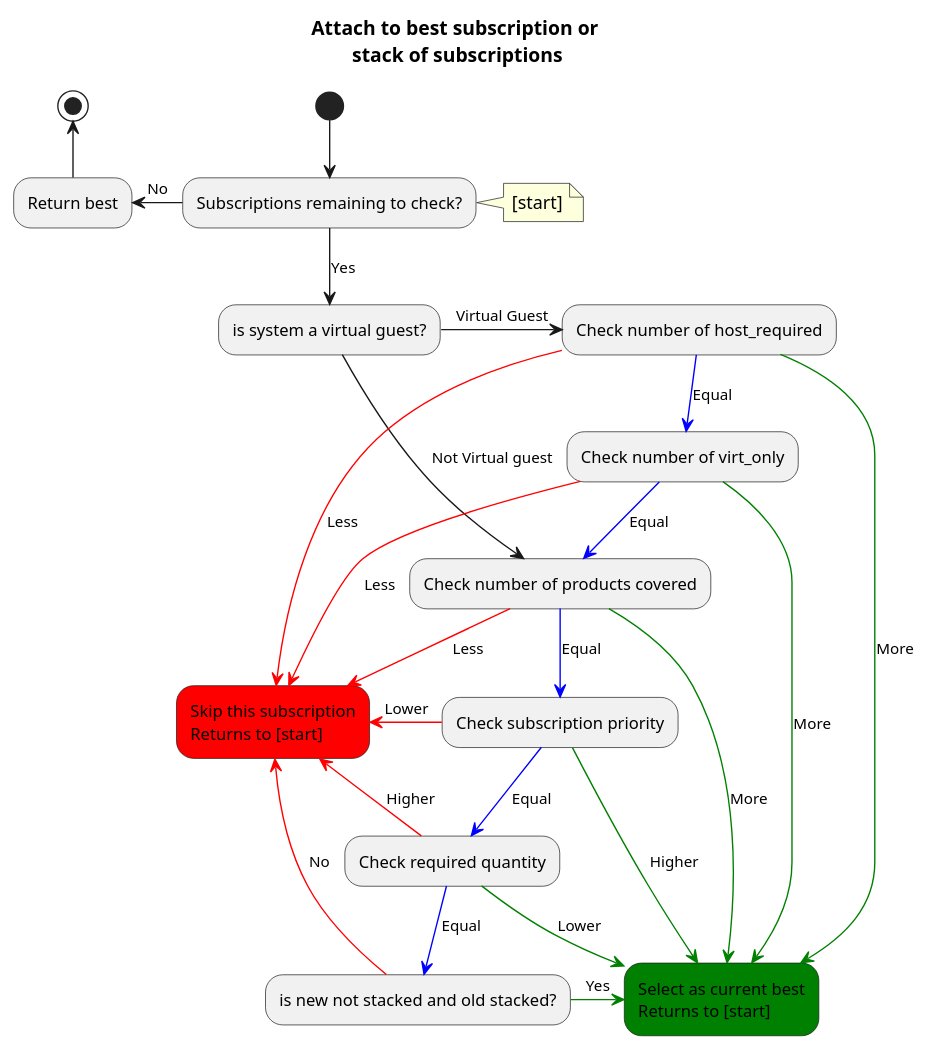
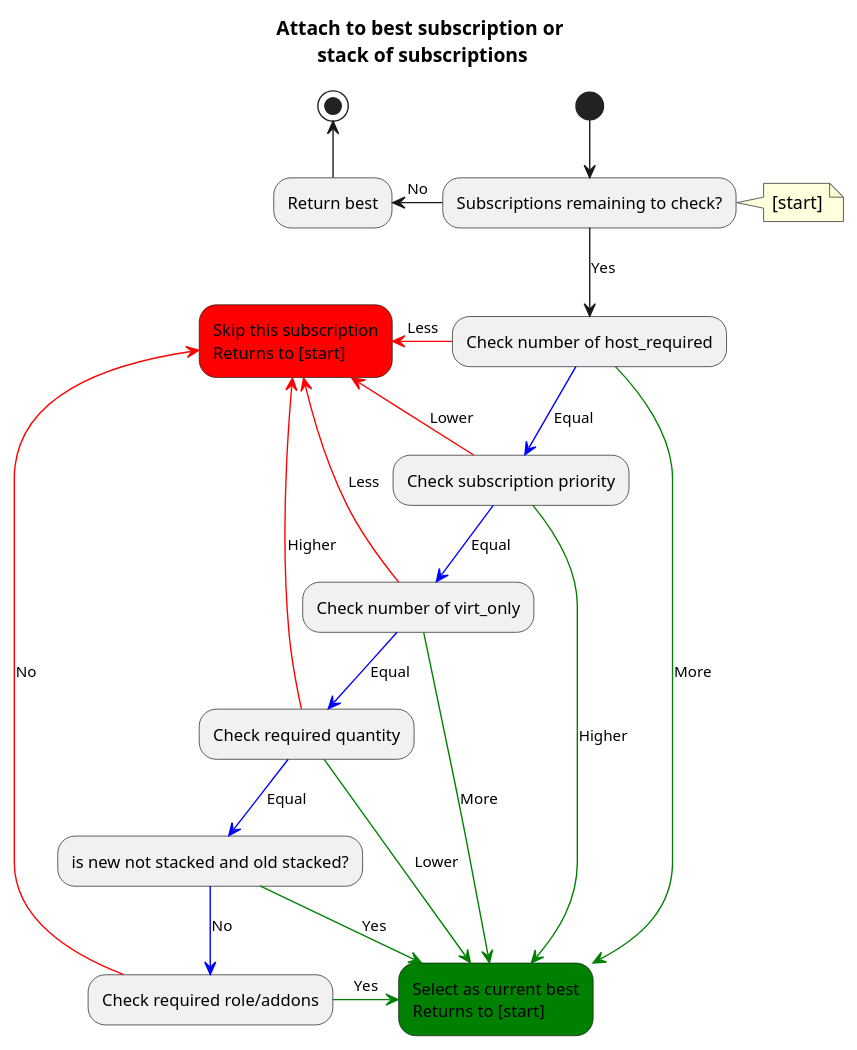
One commit to candlepin/candlepin.github.io changed the third of 5 diagrams in docs/candlepin/autoattach.md. Above: the diagram before and after it, drawn with PlantUML. The commit also changed other lines of this file, not shown here.

```diff
--- a/docs/candlepin/autoattach.md
+++ b/docs/candlepin/autoattach.md
@@ -99,34 +100,35 @@
 {% plantuml %}
 
 title Attach to best subscription or\n stack of subscriptions
 
 (*) --> "Subscriptions remaining to check?" as more_data
 note right: [start]
 
-more_data --> [Yes] "is system a virtual guest?" as is_guest
+more_data --> [Yes] "Check number of host_required" as host_required
 more_data -left-> [No] "Return best" as return
 
 return -up-> (*)
-is_guest --> [Not Virtual guest] "Check number of products covered" as r
-r -right[#green]-> [More] "Select as current best\nReturns to [start]" as update_best #green
 
-
-r -down[#red]-> [Less] "Skip this subscription\nReturns to [start]" as do_not_update_best #red
-r -[#blue]-> [Equal] "Check subscription priority" as p
+host_required -right[#green]-> [More] "Select as current best\nReturns to [start]" as update_best #green
+host_required -left[#red]-> [Less] "Skip this subscription\nReturns to [start]" as do_not_update_best #red
+host_required -down[#blue]-> [Equal] "Check subscription priority" as p
 
 p -right[#green]-> [Higher] update_best
 p -left[#red]-> [Lower] do_not_update_best
-p -[#blue]-> [Equal] "Check required quantity" as crq
+p -down[#blue]-> [Equal] "Check number of virt_only" as virt_only
+
+virt_only -right[#green]-> [More] update_best
+virt_only -left[#red]-> [Less] do_not_update_best
+virt_only -down[#blue]-> [Equal] "Check required quantity" as crq
+
 crq -right[#green]-> [Lower] update_best
-crq -down[#red]-> [Higher] do_not_update_best
-crq -[#blue]-> [Equal] "is new not stacked and old stacked?" as new_stacked
+crq -left[#red]-> [Higher] do_not_update_best
+crq -down[#blue]-> [Equal] "is new not stacked and old stacked?" as new_stacked
+
 new_stacked -right[#green]-> [Yes] update_best
-new_stacked -down[#red]-> [No] do_not_update_best
-is_guest -right-> [Virtual Guest] "Check number of host_required" as host_required
-host_required -right[#green]-> [More] update_best
-host_required -down[#red]-> [Less] do_not_update_best
-host_required -[#blue]-> [Equal] "Check number of virt_only" as virt_only
-virt_only -right[#green]-> [More] update_best
-virt_only -down[#red]-> [Less] do_not_update_best
-virt_only -[#blue]-> [Equal] r
+new_stacked -down[#blue]-> [No] "Check required role/addons" as roles_addons
+
+roles_addons -right[#green]-> [Yes] update_best
+roles_addons -down[#red]-> [No] do_not_update_best
+
 {% endplantuml %}
```
